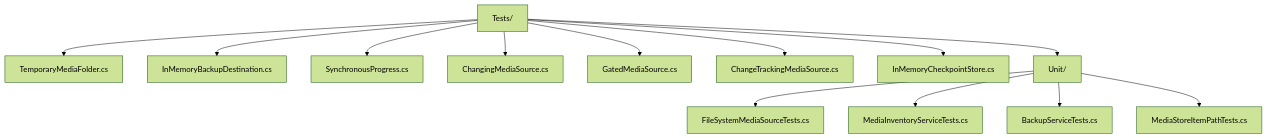
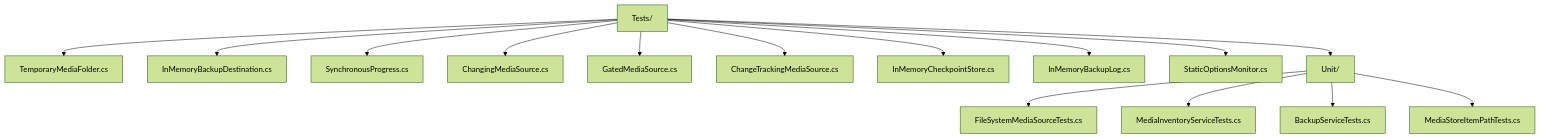
Before and after one commit to f2calv/android-dcim-cloud-sync: the diagram in src/DcimCloudSync.Core.Tests/README.md, drawn with Mermaid (forest theme). The commit also changed other lines of this file and 34 other files, not shown here.

First line of the commit message:
feat: quick backup check, per-file progress and an on-device log

````diff
--- a/src/DcimCloudSync.Core.Tests/README.md
+++ b/src/DcimCloudSync.Core.Tests/README.md
@@ -36,15 +37,17 @@
 ```mermaid
 graph TD
     Tests[Tests/] --> Folder[TemporaryMediaFolder.cs]
     Tests --> Destination[InMemoryBackupDestination.cs]
     Tests --> Progress[SynchronousProgress.cs]
     Tests --> Changing[ChangingMediaSource.cs]
     Tests --> Gated[GatedMediaSource.cs]
     Tests --> Tracking[ChangeTrackingMediaSource.cs]
     Tests --> Checkpoint[InMemoryCheckpointStore.cs]
+    Tests --> Log[InMemoryBackupLog.cs]
+    Tests --> Options[StaticOptionsMonitor.cs]
     Tests --> Unit[Unit/]
     Unit --> Source[FileSystemMediaSourceTests.cs]
     Unit --> Inventory[MediaInventoryServiceTests.cs]
     Unit --> Backup[BackupServiceTests.cs]
     Unit --> MediaStore[MediaStoreItemPathTests.cs]
 ```
````
